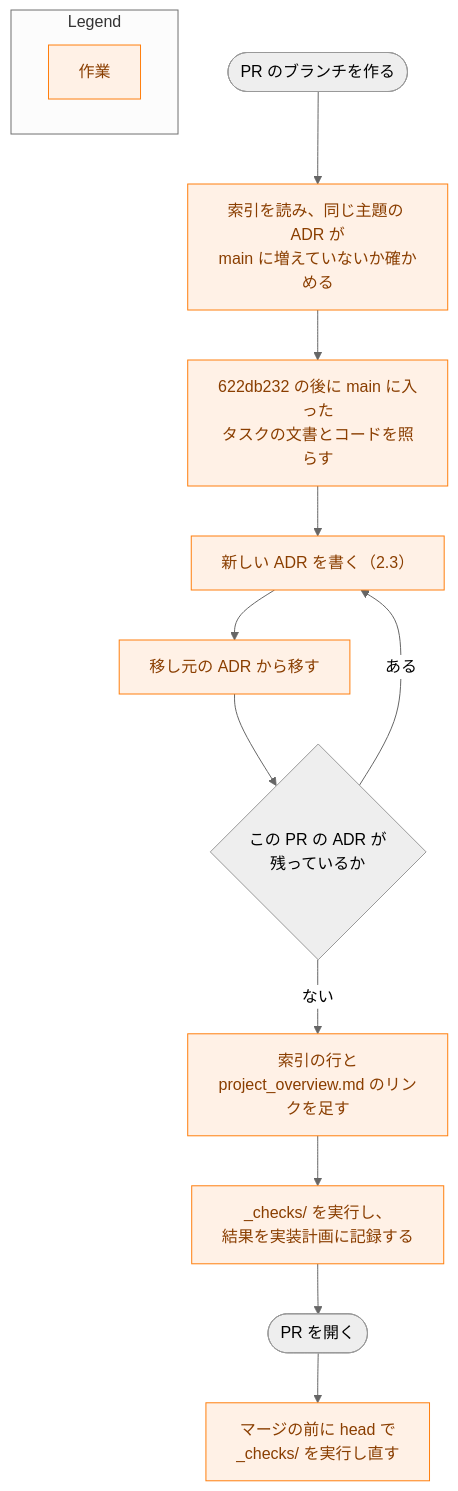
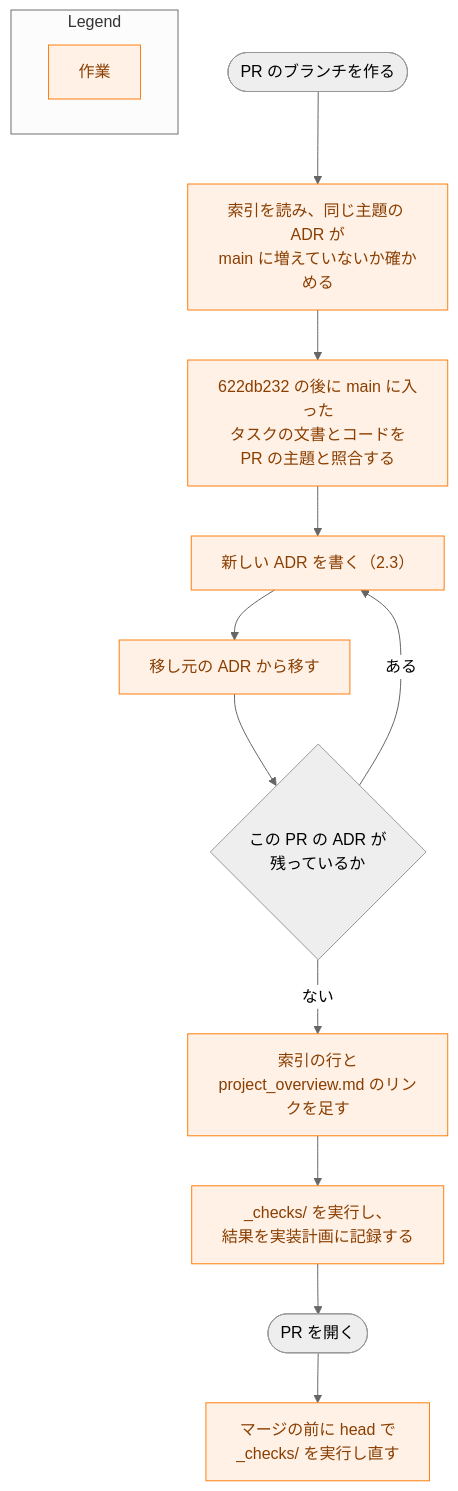
The fourth of 4 diagrams in docs/tasks/0065_adr_remaining/02_architecture.md (isseis/yt2column), drawn with Mermaid (neutral theme) before and after one commit. The commit also changed other lines of this file and 1 other file, not shown here.

````diff
--- a/docs/tasks/0065_adr_remaining/02_architecture.md
+++ b/docs/tasks/0065_adr_remaining/02_architecture.md
@@ -433,26 +433,26 @@
 ```mermaid
 flowchart TD
     classDef process fill:#fff1e6,stroke:#ff7f0e,stroke-width:1px,color:#8a3e00;
 
     START(["PR のブランチを作る"])
     READ["索引を読み、同じ主題の ADR が<br>main に増えていないか確かめる"]
-    SINCE["622db232 の後に main に入った<br>タスクの文書とコードを照らす"]
+    SINCE["622db232 の後に main に入った<br>タスクの文書とコードを<br>PR の主題と照合する"]
     WRITE["新しい ADR を書く（2.3）"]
     MOVE["移し元の ADR から移す"]
     MORE{"この PR の ADR が<br>残っているか"}
     LINK["索引の行と<br>project_overview.md のリンクを足す"]
     CHECK["_checks/ を実行し、<br>結果を実装計画に記録する"]
     PR(["PR を開く"])
     FINAL["マージの前に head で<br>_checks/ を実行し直す"]
 
     START --> READ --> SINCE --> WRITE --> MOVE --> MORE
     MORE -->|"ある"| WRITE
     MORE -->|"ない"| LINK --> CHECK --> PR --> FINAL
 
     class READ,SINCE,WRITE,MOVE,LINK,CHECK,FINAL process
 
     subgraph Legend["Legend"]
         L1["作業"]
     end
     class L1 process
 ```
````
